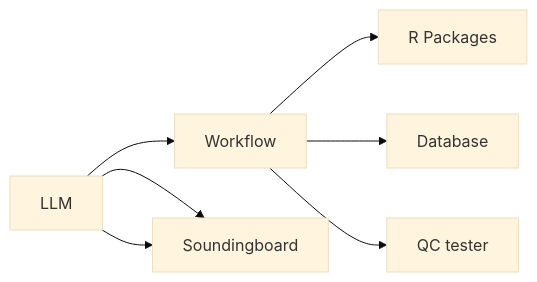
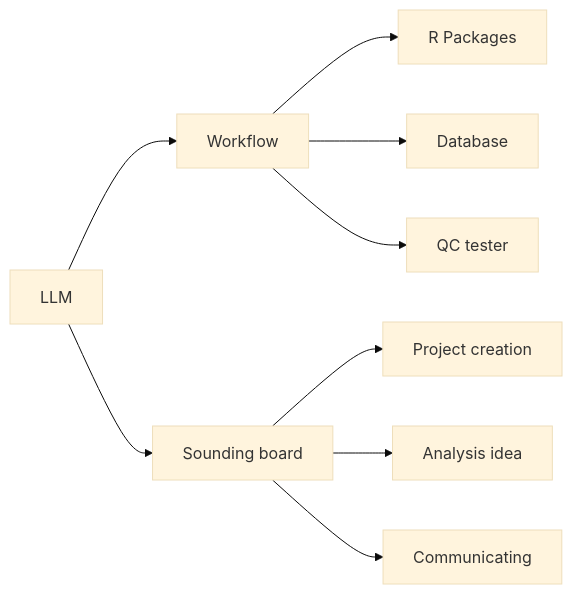
Before and after one commit to bfanson/2026_Workshops: the third of 3 diagrams in module1.qmd, drawn with Mermaid (base theme). The commit also changed other lines of this file and 27 other files, not shown here.

````diff
--- a/module1.qmd
+++ b/module1.qmd
@@ -144,17 +152,20 @@
 ```{mermaid}
 %%| label: fig-uses
-%%| fig-cap: Thinking about AI and LLMs []
+%%| fig-cap: Thinking about Agent roles
 
 graph LR
 
     AI["LLM"]
 
     AI --> WF["Workflow"]
     AI --> TH["Sounding board"]
-    AI --> TH["Soundingboard"]
-    
+
     WF --> Pkg["R Packages"]
     WF --> Db["Database"]
     WF --> QC["QC tester"]
 
+    TH --> PI["Project creation"]
+    TH --> SAP["Analysis idea"]
+    TH --> PR["Communicating"]
+
 ```
````
